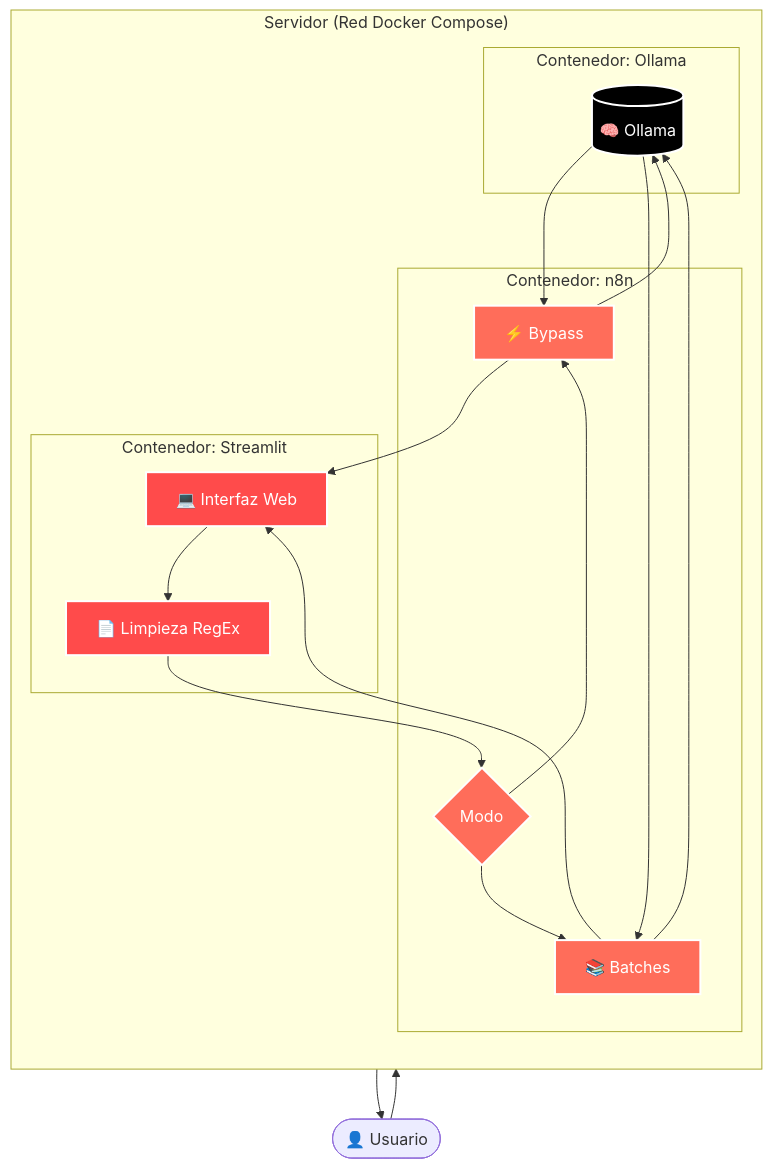
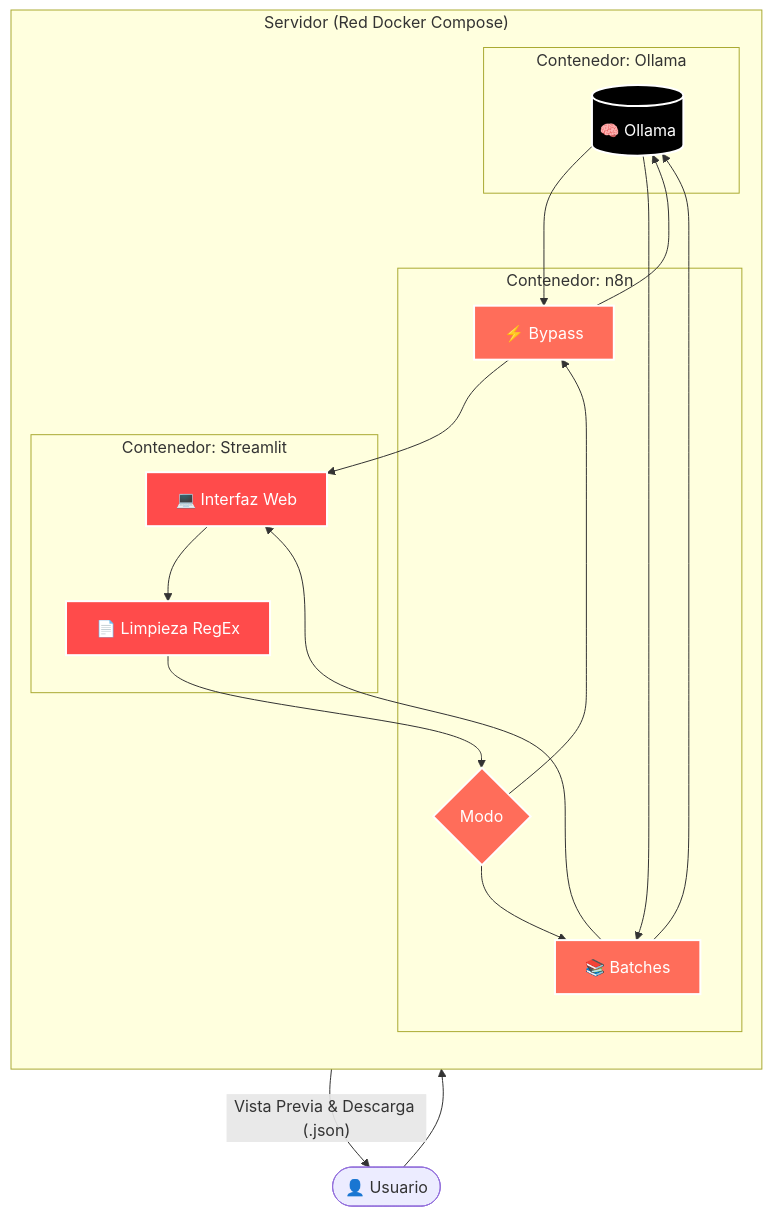
Before and after one commit to mbaigorriaia-design/minutas-ia: the diagram in README.md, drawn with Mermaid.

Commit message:
Docs: Añadir acción de descarga a diagramas de flujo

````diff
--- a/README.md
+++ b/README.md
@@ -15,36 +15,36 @@
 ```mermaid
 graph TD
     classDef frontend fill:#ff4b4b,stroke:#fff,stroke-width:2px,color:#fff;
     classDef n8n fill:#ff6d5a,stroke:#fff,stroke-width:2px,color:#fff;
     classDef llm fill:#000000,stroke:#fff,stroke-width:2px,color:#fff;
     classDef server fill:#f5f5f5,stroke:#9e9e9e,stroke-width:2px,stroke-dasharray: 5 5;
 
     User([👤 Usuario])
     
     subgraph "Servidor (Red Docker Compose)"
         direction TB
         subgraph "Contenedor: Streamlit"
             UI[💻 Interfaz Web]:::frontend
             Extractor[📄 Limpieza RegEx]:::frontend
         end
         
         subgraph "Contenedor: n8n"
             Router{Modo}:::n8n
             ModoRapido[⚡ Bypass]:::n8n
             ModoExtenso[📚 Batches]:::n8n
         end
         
         subgraph "Contenedor: Ollama"
             Ollama[(🧠 Ollama)]:::llm
         end
     end
 
     User --> UI
     UI --> Extractor
     Extractor --> Router
     Router --> ModoRapido & ModoExtenso
     ModoRapido & ModoExtenso --> Ollama
     Ollama --> ModoRapido & ModoExtenso
     ModoRapido & ModoExtenso --> UI
-    UI --> User
+    UI -- "Vista Previa & Descarga (.json)" --> User
 ```
````
